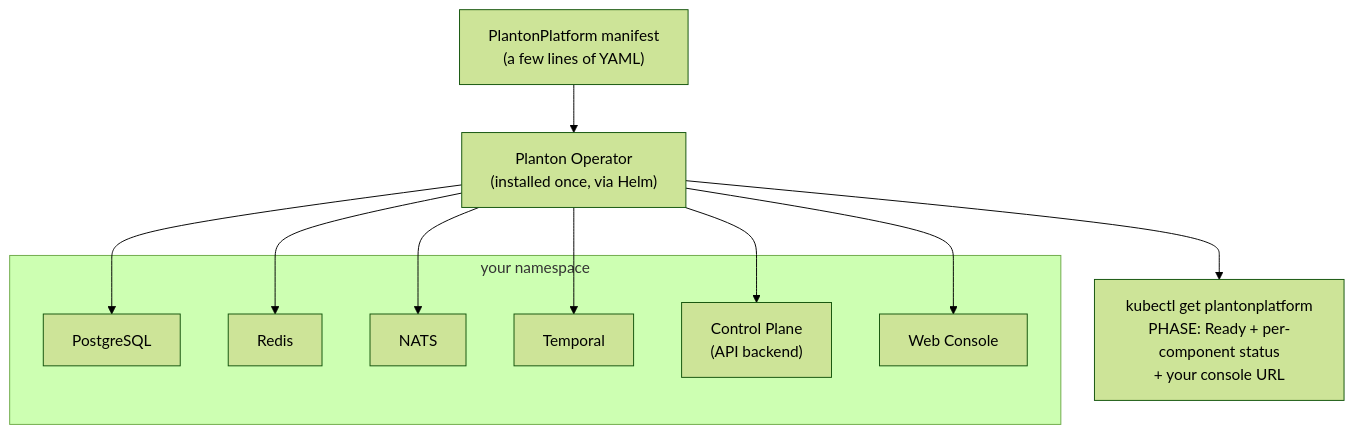
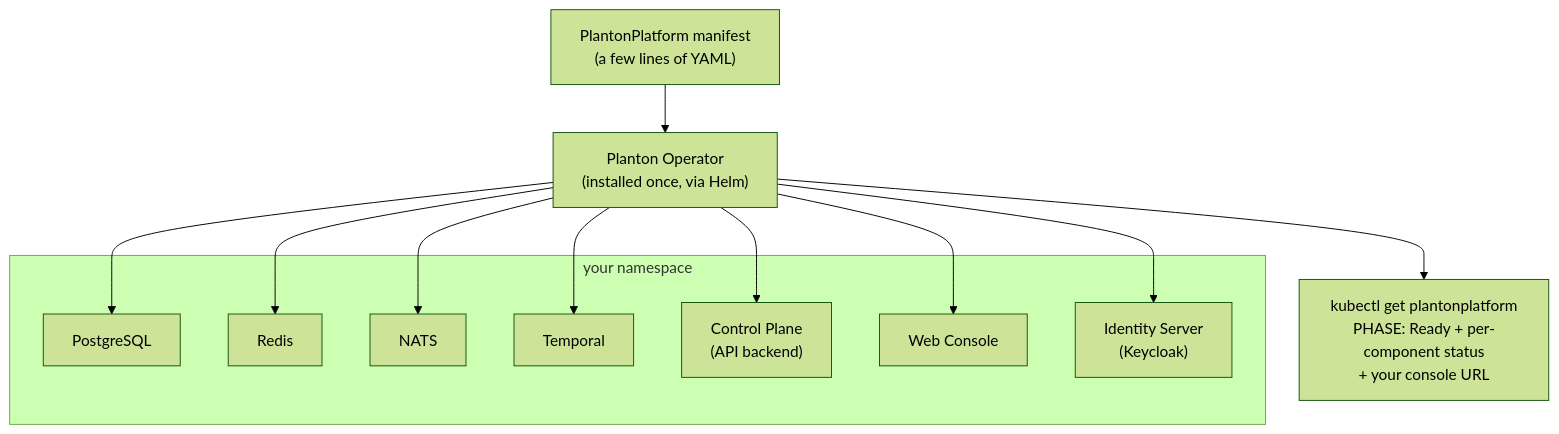
One commit to plantonhq/openmcf changed the diagram in site/public/docs/self-hosting/index.md. Above: the diagram before and after it, drawn with Mermaid (forest theme). The commit also changed other lines of this file and 1 other file, not shown here.

````diff
--- a/site/public/docs/self-hosting/index.md
+++ b/site/public/docs/self-hosting/index.md
@@ -18,23 +18,25 @@
 ```mermaid
 flowchart TD
     manifest["PlantonPlatform manifest\n(a few lines of YAML)"]
     operator["Planton Operator\n(installed once, via Helm)"]
     subgraph platformNs [your namespace]
         pg["PostgreSQL"]
         redis["Redis"]
         nats["NATS"]
         temporal["Temporal"]
         cp["Control Plane\n(API backend)"]
         console["Web Console"]
+        idp["Identity Server\n(Keycloak)"]
     end
     statusNode["kubectl get plantonplatform\nPHASE: Ready + per-component status\n+ your console URL"]
 
     manifest --> operator
     operator --> pg
     operator --> redis
     operator --> nats
     operator --> temporal
     operator --> cp
     operator --> console
+    operator --> idp
     operator --> statusNode
 ```
````
